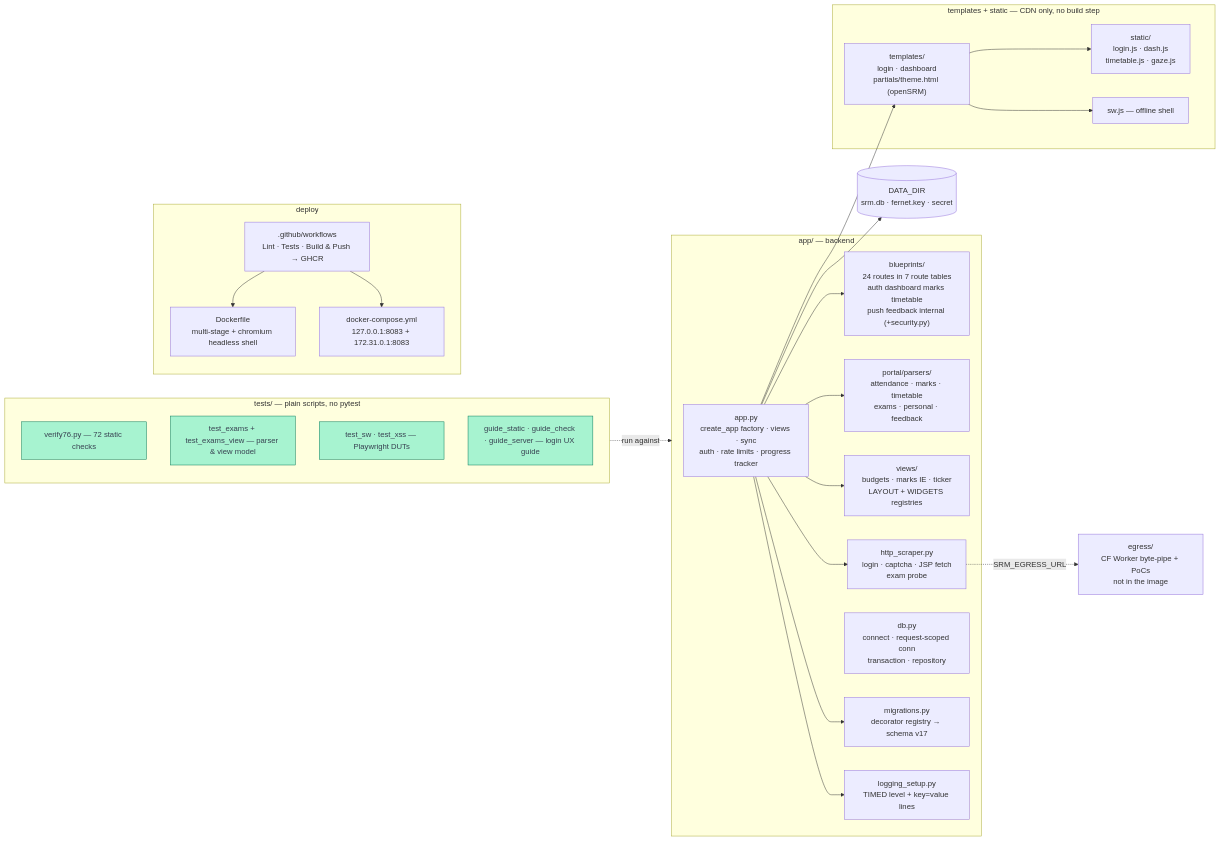
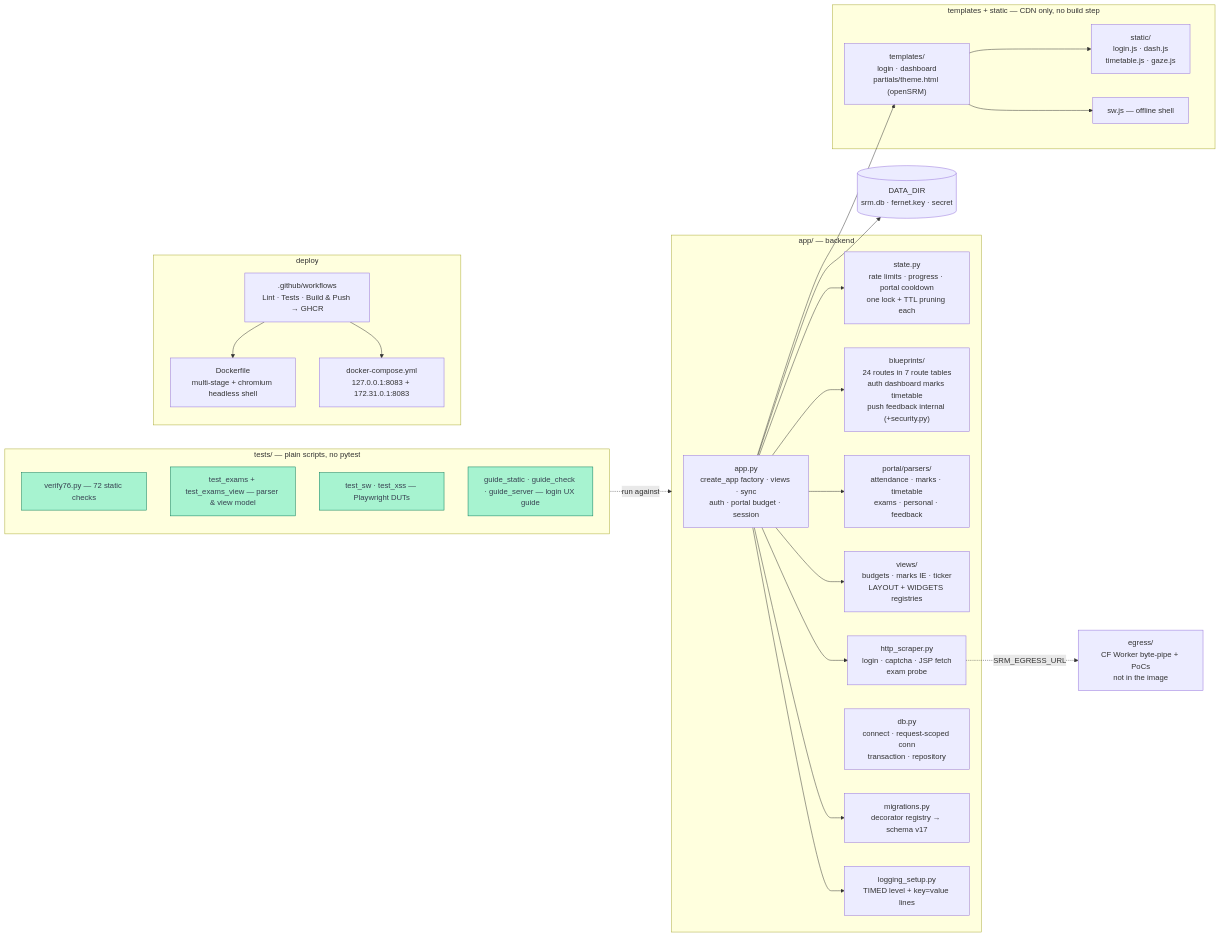
One commit to thenabbu/OpenSRM changed the third of 3 diagrams in README.md. Above: the diagram before and after it, drawn with Mermaid. The commit also changed other lines of this file and 8 other files, not shown here.

````diff
--- a/README.md
+++ b/README.md
@@ -163,53 +163,55 @@
 ```mermaid
 flowchart LR
     subgraph backend["app/ — backend"]
-        APP["app.py<br/>create_app factory · views · sync<br/>auth · rate limits · progress tracker"]
+        APP["app.py<br/>create_app factory · views · sync<br/>auth · portal budget · session"]
+        STATE["state.py<br/>rate limits · progress · portal cooldown<br/>one lock + TTL pruning each"]
         BPS["blueprints/<br/>24 routes in 7 route tables<br/>auth dashboard marks timetable<br/>push feedback internal (+security.py)"]
         PARS["portal/parsers/<br/>attendance · marks · timetable<br/>exams · personal · feedback"]
         VIEWS["views/<br/>budgets · marks IE · ticker<br/>LAYOUT + WIDGETS registries"]
         SCR["http_scraper.py<br/>login · captcha · JSP fetch<br/>exam probe"]
         DB["db.py<br/>connect · request-scoped conn<br/>transaction · repository"]
         MIG["migrations.py<br/>decorator registry → schema v17"]
         LOG["logging_setup.py<br/>TIMED level + key=value lines"]
     end
 
     subgraph frontend["templates + static — CDN only, no build step"]
         TPL["templates/<br/>login · dashboard<br/>partials/theme.html (openSRM)"]
         JS["static/<br/>login.js · dash.js<br/>timetable.js · gaze.js"]
         SWJS["sw.js — offline shell"]
     end
 
     subgraph gate["tests/ — plain scripts, no pytest"]
         T1["verify76.py — 72 static checks"]
         T2["test_exams + test_exams_view — parser & view model"]
         T3["test_sw · test_xss — Playwright DUTs"]
         T4["guide_static · guide_check · guide_server — login UX guide"]
     end
 
     subgraph ship["deploy"]
         DF["Dockerfile<br/>multi-stage + chromium headless shell"]
         DC["docker-compose.yml<br/>127.0.0.1:8083 + 172.31.0.1:8083"]
         CI[".github/workflows<br/>Lint · Tests · Build & Push → GHCR"]
     end
 
     EGDIR["egress/<br/>CF Worker byte-pipe + PoCs<br/>not in the image"]
     DATA[("DATA_DIR<br/>srm.db · fernet.key · secret")]
 
     APP --> SCR
+    APP --> STATE
     APP --> MIG
     APP --> LOG
     APP --> PARS
     APP --> VIEWS
     APP --> BPS
     APP --> TPL
     TPL --> JS
     TPL --> SWJS
     APP --> DATA
     SCR -.->|"SRM_EGRESS_URL"| EGDIR
     CI --> DF
     CI --> DC
     gate -.->|"run against"| backend
 
     classDef gatecls fill:#a7f3d0,stroke:#047857,color:#374151
     class T1,T2,T3,T4 gatecls
 ```
````
